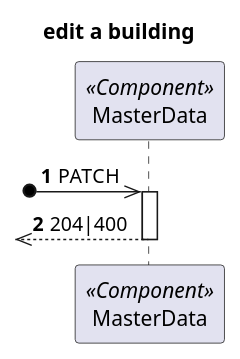
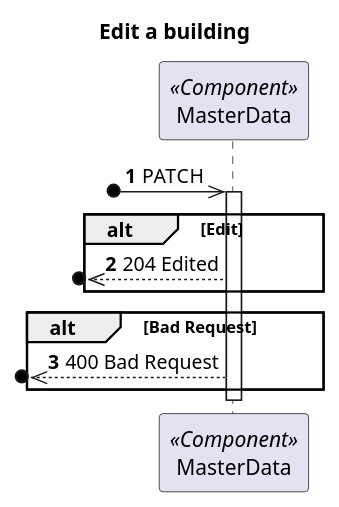
Before and after one commit to 1210910/lapr5: the diagram in docs/Vista Processo/US160/ProcessView_Level2_US160.puml, drawn with PlantUML. The commit also changed 14 other files, not shown here.

Commit message:
Update Level 3 Process Diagrams

```diff
--- a/docs/Vista Processo/US160/ProcessView_Level2_US160.puml
+++ b/docs/Vista Processo/US160/ProcessView_Level2_US160.puml
@@ -1,17 +1,22 @@
 @startuml
 'https://plantuml.com/sequence-diagram
 
 autonumber
 
 skinparam packageStyle rect
 
-title edit a building
+title Edit a building
 
 participant "MasterData" as MD <<Component>>
 
 ?o->> MD : PATCH
 
 activate MD
-?o<<-- MD : 204|400
+alt Edit
+   ?o<<--MD : 204 Edited
+end
+alt Bad Request
+   ?o<<--MD : 400 Bad Request
+end
 deactivate MD
 @enduml
```
